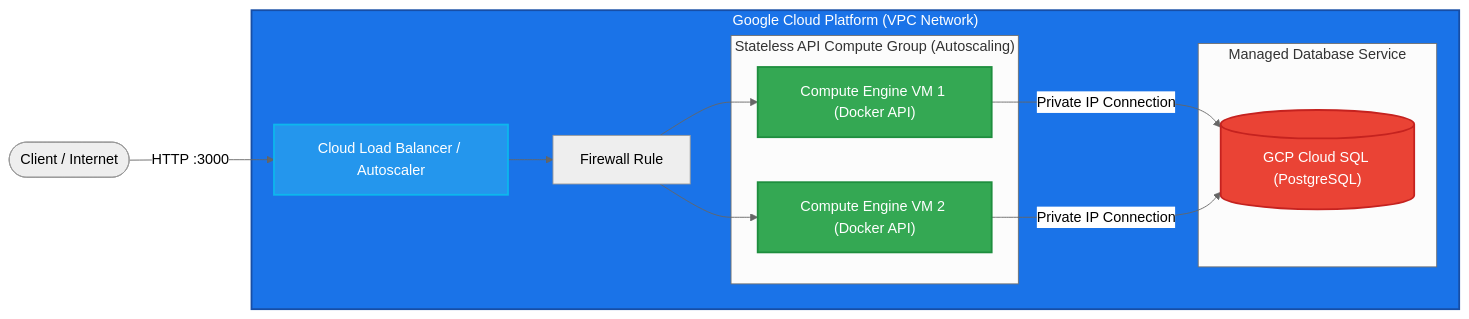
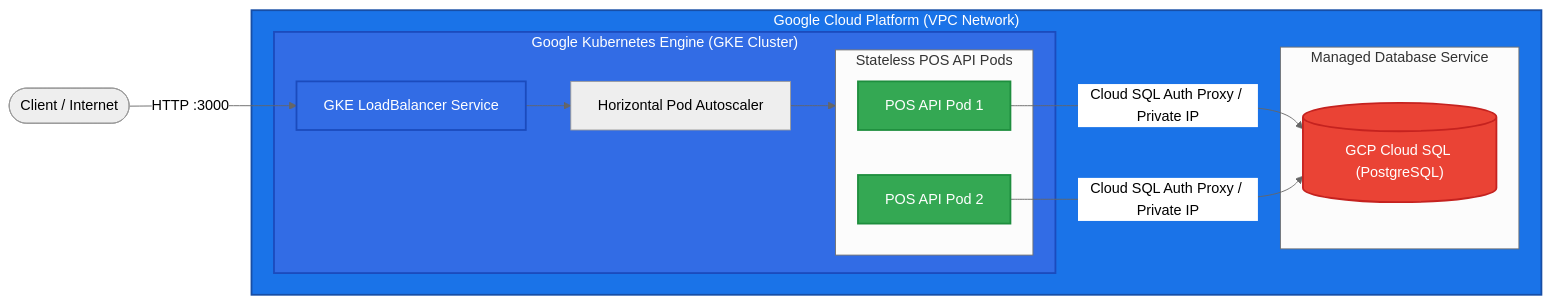
One commit to goesbams/simple-pos-with-terraform changed the first of 2 diagrams in README.md. Above: the diagram before and after it, drawn with Mermaid (neutral theme). The commit also changed other lines of this file, not shown here.

Commit message:
docs: update architecture overview and project structure for GKE deployment

````diff
--- a/README.md
+++ b/README.md
@@ -18,33 +19,35 @@
 ```mermaid
 flowchart LR
-    Client([Client / Internet]) -->|HTTP :3000| LB[Cloud Load Balancer / Autoscaler]
+    Client([Client / Internet]) -->|HTTP :3000| K8sService[GKE LoadBalancer Service]
 
     subgraph GCP["Google Cloud Platform (VPC Network)"]
-        LB --> FW[Firewall Rule]
         
-        subgraph ComputeGroup["Stateless API Compute Group (Autoscaling)"]
-            VM1["Compute Engine VM 1 (Docker API)"]
-            VM2["Compute Engine VM 2 (Docker API)"]
+        subgraph GKE["Google Kubernetes Engine (GKE Cluster)"]
+            K8sService --> HPA[Horizontal Pod Autoscaler]
+            
+            subgraph Pods["Stateless POS API Pods"]
+                Pod1["POS API Pod 1"]
+                Pod2["POS API Pod 2"]
+            end
+            
+            HPA --> Pods
         end
-        
-        FW --> VM1
-        FW --> VM2
         
         subgraph DatabaseInstance["Managed Database Service"]
             CloudSQL[("GCP Cloud SQL (PostgreSQL)")]
         end
         
-        VM1 -->|Private IP Connection| CloudSQL
-        VM2 -->|Private IP Connection| CloudSQL
+        Pod1 -->|Cloud SQL Auth Proxy / Private IP| CloudSQL
+        Pod2 -->|Cloud SQL Auth Proxy / Private IP| CloudSQL
     end
 
     classDef gcpStyle fill:#1a73e8,stroke:#174ea6,stroke-width:2px,color:#fff;
-    classDef vmStyle fill:#34a853,stroke:#1e8e3e,stroke-width:2px,color:#fff;
-    classDef dockerStyle fill:#2496ed,stroke:#0db7ed,stroke-width:2px,color:#fff;
+    classDef k8sStyle fill:#326ce5,stroke:#1b4bbd,stroke-width:2px,color:#fff;
+    classDef podStyle fill:#34a853,stroke:#1e8e3e,stroke-width:2px,color:#fff;
     classDef dbStyle fill:#ea4335,stroke:#c5221f,stroke-width:2px,color:#fff;
 
     class GCP gcpStyle;
-    class VM1,VM2 vmStyle;
-    class LB dockerStyle;
+    class GKE,K8sService k8sStyle;
+    class Pod1,Pod2 podStyle;
     class CloudSQL dbStyle;
 ```
````
